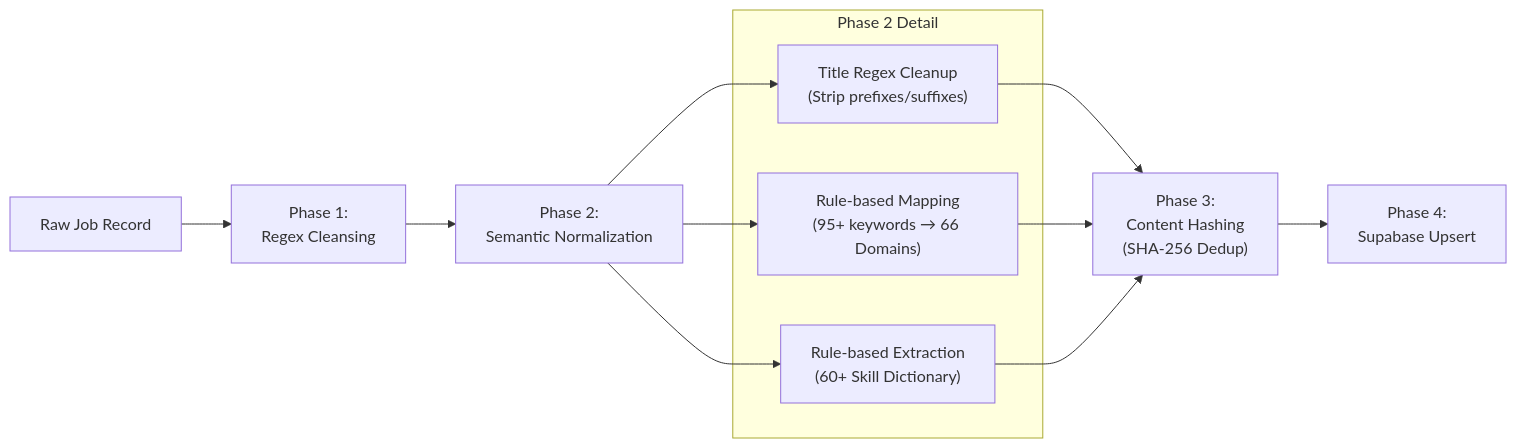
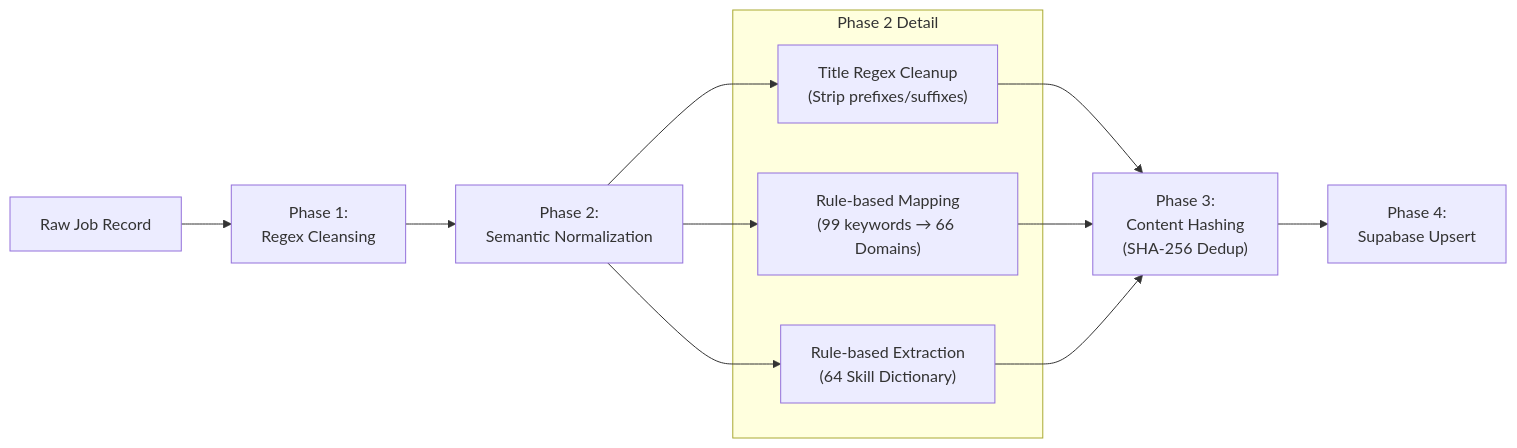
Before and after one commit to Vinhnguyen1227/Job-Market-Analytics-Platform: the third of 3 diagrams in chapter_2_thesis_2.md, drawn with Mermaid. The commit also changed other lines of this file and 83 other files, not shown here.

Commit message:
feat: add thesis documentation, architectural diagrams, and memory-bank planning files while updating existing thesis content.

````diff
--- a/chapter_2_thesis_2.md
+++ b/chapter_2_thesis_2.md
@@ -113,19 +113,19 @@
 ```mermaid
 flowchart LR
     R["Raw Job Record"] --> P1["Phase 1:<br/>Regex Cleansing"]
     P1 --> P2["Phase 2:<br/>Semantic Normalization"]
     
     subgraph "Phase 2 Detail"
         P2A["Title Regex Cleanup<br/>(Strip prefixes/suffixes)"]
-        P2B["Rule-based Mapping<br/>(95+ keywords → 66 Domains)"]
-        P2C["Rule-based Extraction<br/>(60+ Skill Dictionary)"]
+        P2B["Rule-based Mapping<br/>(99 keywords → 66 Domains)"]
+        P2C["Rule-based Extraction<br/>(64 Skill Dictionary)"]
     end
     
     P2 --> P2A
     P2 --> P2B
     P2 --> P2C
     P2A --> P3["Phase 3:<br/>Content Hashing<br/>(SHA-256 Dedup)"]
     P2B --> P3
     P2C --> P3
     P3 --> P4["Phase 4:<br/>Supabase Upsert"]
 ```
````
